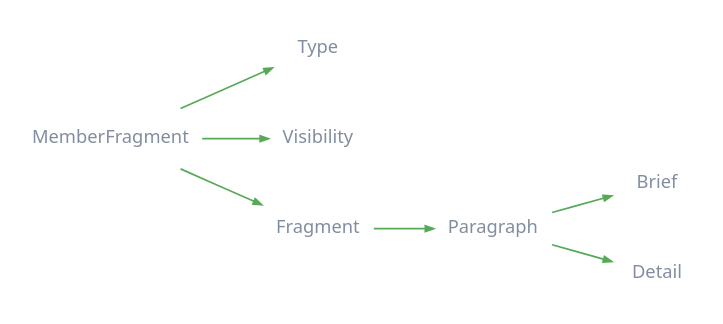
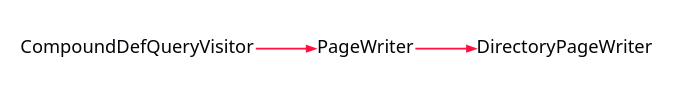
Before and after one commit to CharlesCarley/MdDox: the diagram in Current/images/internal-diagram-5.dot, drawn with Graphviz. The commit also changed other lines of this file and 837 other files, not shown here.

```diff
--- a/Current/images/internal-diagram-5.dot
+++ b/Current/images/internal-diagram-5.dot
@@ -1,17 +1,35 @@
-
 digraph {
-    bgcolor = none;
-    rankdir = "LR";
-
-    node [shape=none fontname= "Segoe UI" fontcolor="#828EA0FF" fontsize="11"]
-    edge [arrowsize = 0.5 color="#56AA56FF"]
-
-    MemberFragment->Type;
-    MemberFragment->Visibility;
-
-    MemberFragment->Fragment;
-    
-    Fragment->Paragraph;
-    Paragraph->Brief;
-    Paragraph->Detail;
+ rankdir = "LR"
+ bgcolor = none;
+ layout  = dot;
+ edge [
+   arrowsize = "0.5"
+   color     = "#FF1040FF"
+ ]
+ DtGLfGf[
+   shape    = none
+   label    = "CompoundDefQueryVisitor"
+   margin   = "0.01"
+   fontname = "Segoe UI"
+   fontsize = "11"
+   fontcolor= "#010509FF"
+ ]
+ qrGLfGf[
+   shape    = none
+   label    = "PageWriter"
+   margin   = "0.01"
+   fontname = "Segoe UI"
+   fontsize = "11"
+   fontcolor= "#010509FF"
+ ]
+ Dt1LfGf[
+   shape    = none
+   label    = "DirectoryPageWriter"
+   margin   = "0.01"
+   fontname = "Segoe UI"
+   fontsize = "11"
+   fontcolor= "#010509FF"
+ ]
+ qrGLfGf->Dt1LfGf
+ DtGLfGf->qrGLfGf
 }
```
